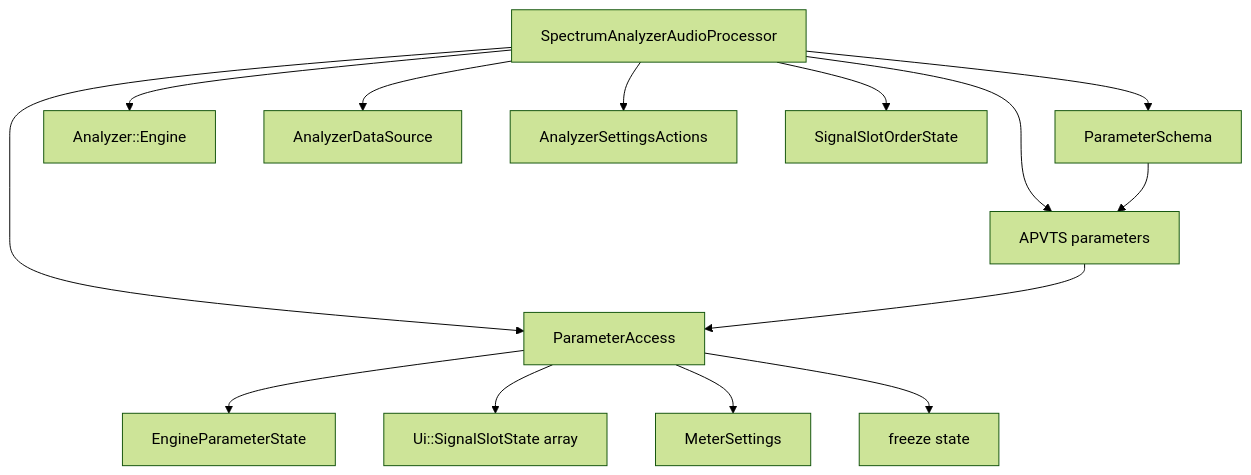
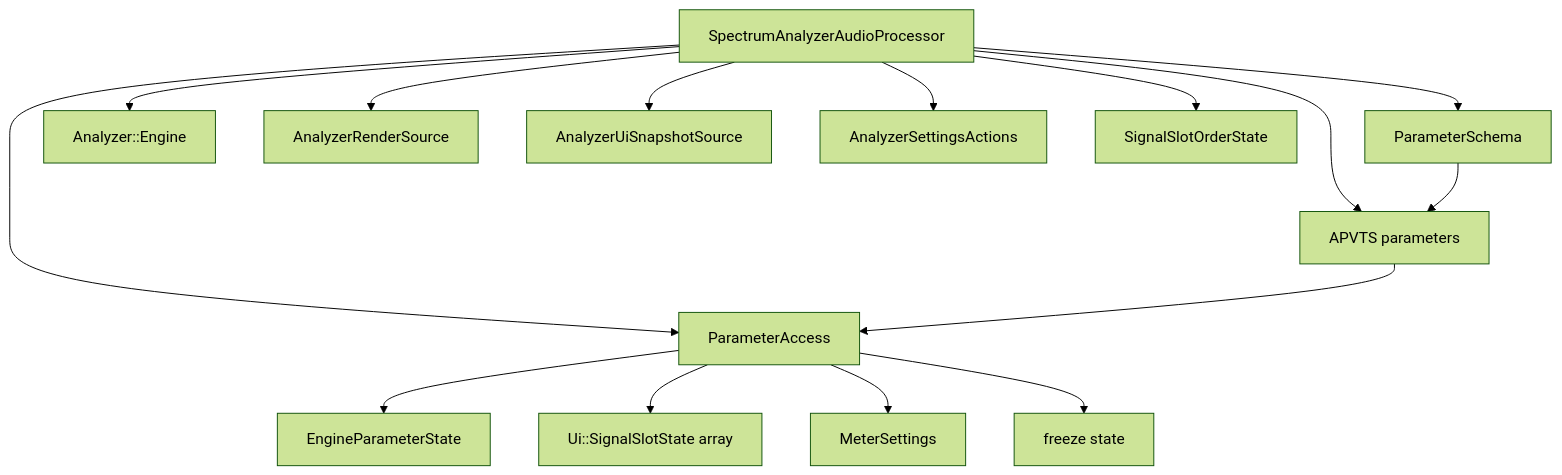
Before and after one commit to Silenterc/Band-Spectrum-Analyzer: the second of 8 diagrams in docs/audio-processing-architecture.md, drawn with Mermaid (forest theme). The commit also changed other lines of this file and 55 other files, not shown here.

````diff
--- a/docs/audio-processing-architecture.md
+++ b/docs/audio-processing-architecture.md
@@ -28,17 +28,18 @@
 ```mermaid
 flowchart TD
     Processor[SpectrumAnalyzerAudioProcessor] --> APVTS[APVTS parameters]
     Processor --> ParamSchema[ParameterSchema]
     Processor --> ParamAccess[ParameterAccess]
     Processor --> Engine[Analyzer::Engine]
-    Processor --> DataSource[AnalyzerDataSource]
+    Processor --> RenderSource[AnalyzerRenderSource]
+    Processor --> SnapshotSource[AnalyzerUiSnapshotSource]
     Processor --> Settings[AnalyzerSettingsActions]
     Processor --> SlotOrderState[SignalSlotOrderState]
 
     ParamSchema --> APVTS
     APVTS --> ParamAccess
     ParamAccess --> EngineParams[EngineParameterState]
     ParamAccess --> UiSlots[Ui::SignalSlotState array]
     ParamAccess --> Meter[MeterSettings]
     ParamAccess --> Freeze[freeze state]
 ```
````
